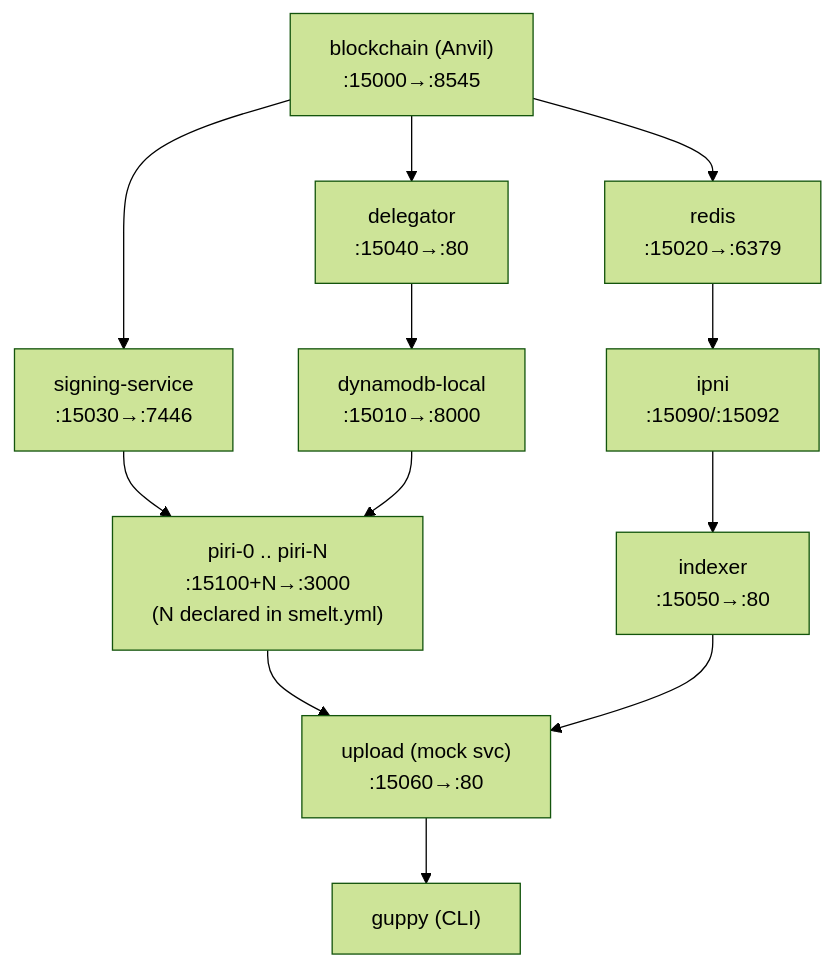
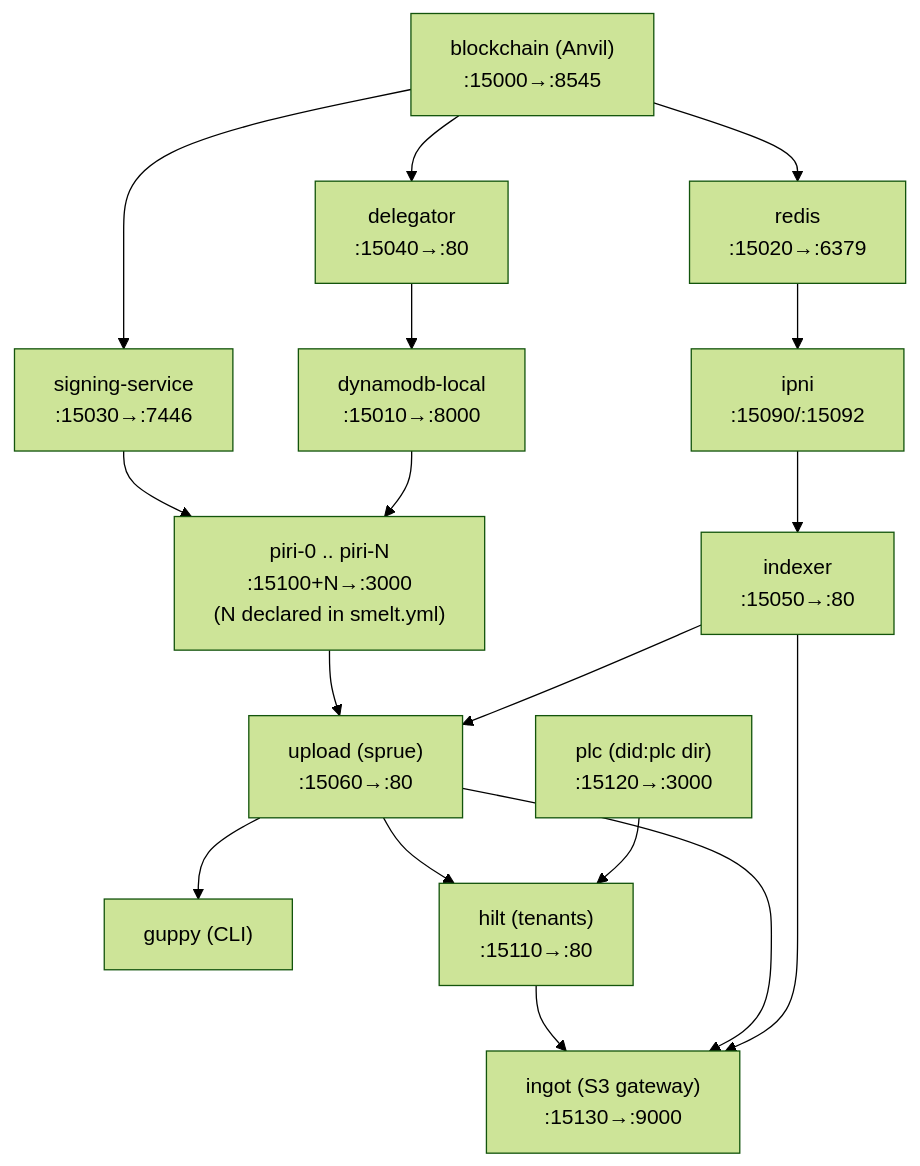
One commit to fil-forge/forge changed the first of 12 diagrams in smelt/docs/ARCHITECTURE.md. Above: the diagram before and after it, drawn with Mermaid (forest theme). The commit also changed other lines of this file and 5 other files, not shown here.

````diff
--- a/smelt/docs/ARCHITECTURE.md
+++ b/smelt/docs/ARCHITECTURE.md
@@ -59,20 +59,27 @@
 ```mermaid
 flowchart TB
     blockchain["blockchain (Anvil)<br/>:15000→:8545"]
 
     blockchain --> signing["signing-service<br/>:15030→:7446"]
     blockchain --> delegator["delegator<br/>:15040→:80"]
     blockchain --> redis["redis<br/>:15020→:6379"]
 
     delegator --> dynamodb["dynamodb-local<br/>:15010→:8000"]
     redis --> ipni["ipni<br/>:15090/:15092"]
 
     signing --> piri["piri-0 .. piri-N<br/>:15100+N→:3000<br/>(N declared in smelt.yml)"]
     dynamodb --> piri
     ipni --> indexer["indexer<br/>:15050→:80"]
 
-    piri --> upload["upload (mock svc)<br/>:15060→:80"]
+    piri --> upload["upload (sprue)<br/>:15060→:80"]
     indexer --> upload
 
     upload --> guppy["guppy (CLI)"]
+
+    plc["plc (did:plc dir)<br/>:15120→:3000"]
+    upload --> hilt["hilt (tenants)<br/>:15110→:80"]
+    plc --> hilt
+    hilt --> ingot["ingot (S3 gateway)<br/>:15130→:9000"]
+    upload --> ingot
+    indexer --> ingot
 ```
````
